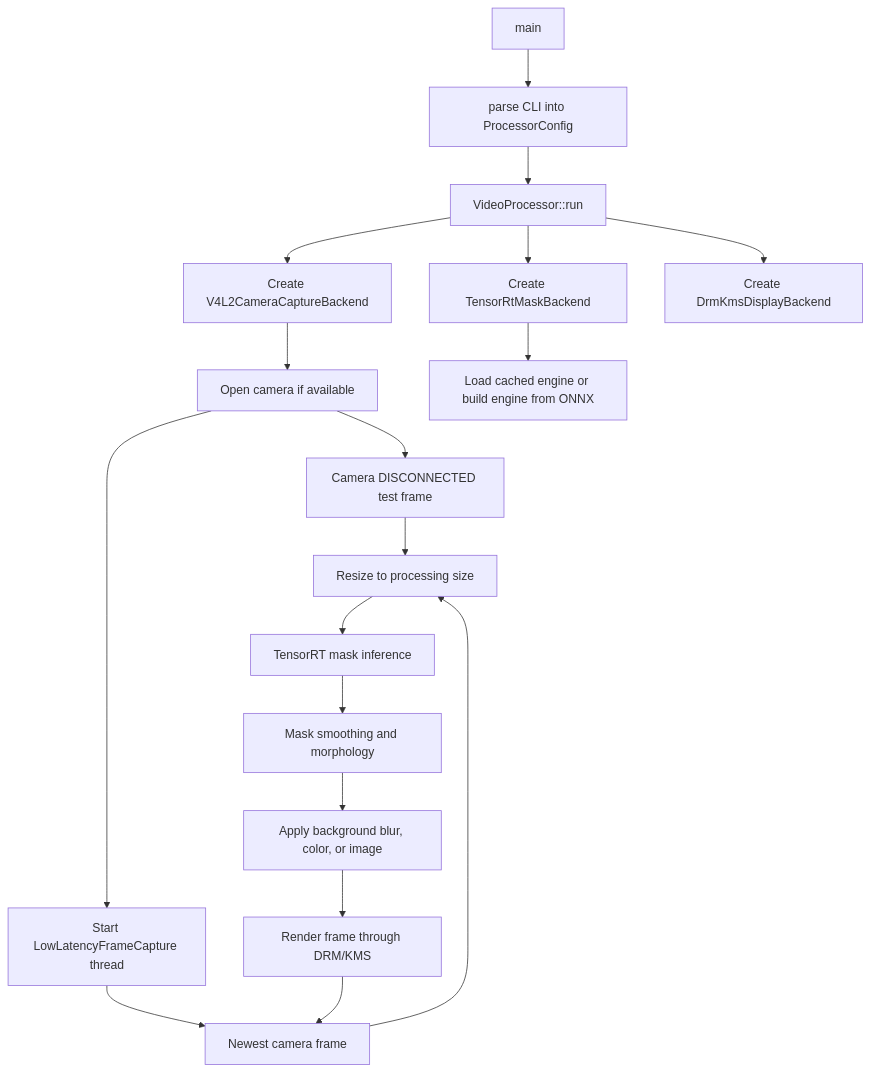
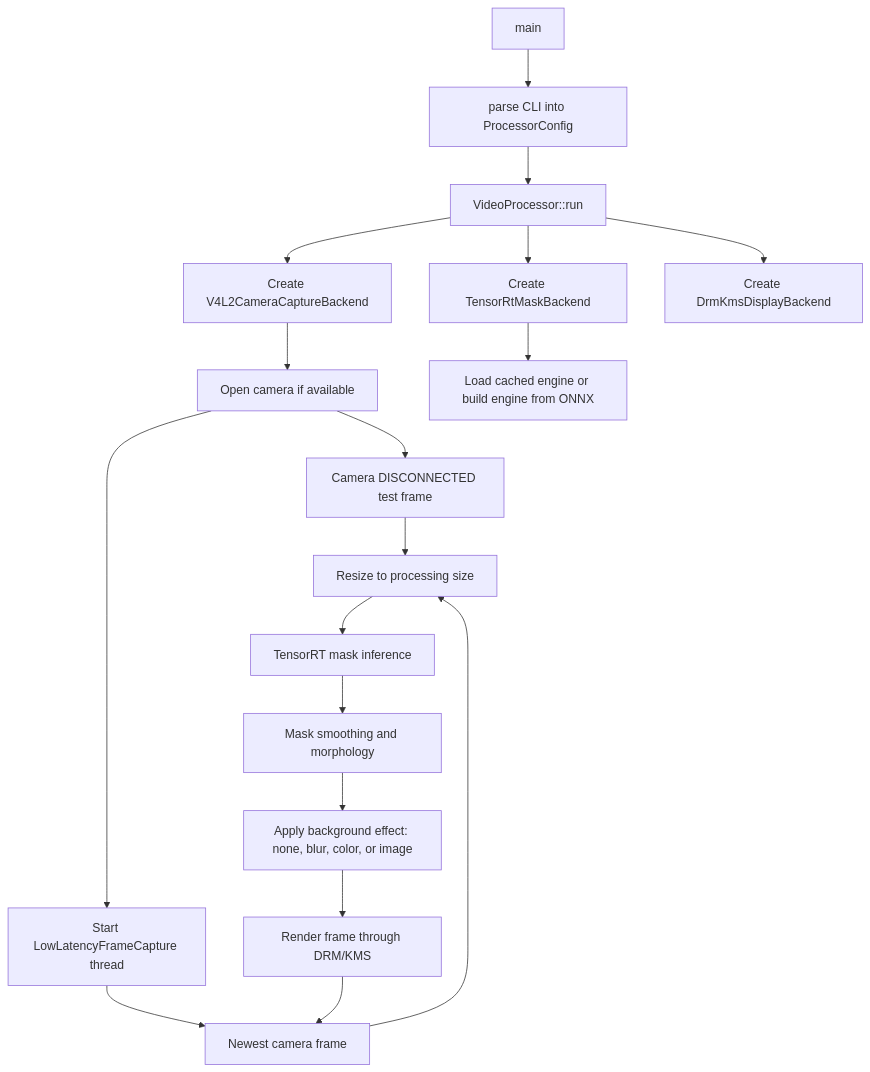
Before and after one commit to tseiman/JONImageProcessor: the second of 2 diagrams in docs/architecture.md, drawn with Mermaid. The commit also changed other lines of this file and 6 other files, not shown here.

Commit message:
Add no-op background effect mode (codex supported)

````diff
--- a/docs/architecture.md
+++ b/docs/architecture.md
@@ -86,20 +86,20 @@
 ```mermaid
 flowchart TD
     A[main] --> B[parse CLI into ProcessorConfig]
     B --> C[VideoProcessor::run]
     C --> D[Create V4L2CameraCaptureBackend]
     D --> E[Open camera if available]
     E --> Fallback[Camera DISCONNECTED test frame]
     E --> LC[Start LowLatencyFrameCapture thread]
     C --> F[Create TensorRtMaskBackend]
     F --> G[Load cached engine or build engine from ONNX]
     C --> H[Create DrmKmsDisplayBackend]
     LC --> I[Newest camera frame]
     Fallback --> J
     I --> J[Resize to processing size]
     J --> K[TensorRT mask inference]
     K --> L[Mask smoothing and morphology]
-    L --> M[Apply background blur, color, or image]
+    L --> M[Apply background effect: none, blur, color, or image]
     M --> N[Render frame through DRM/KMS]
     N --> I
 ```
````
